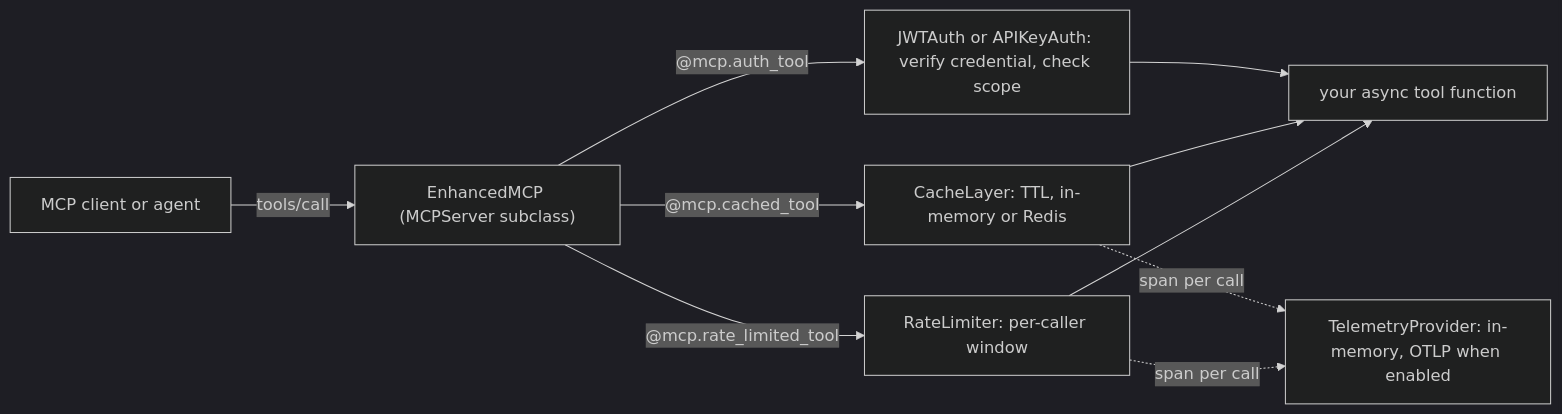
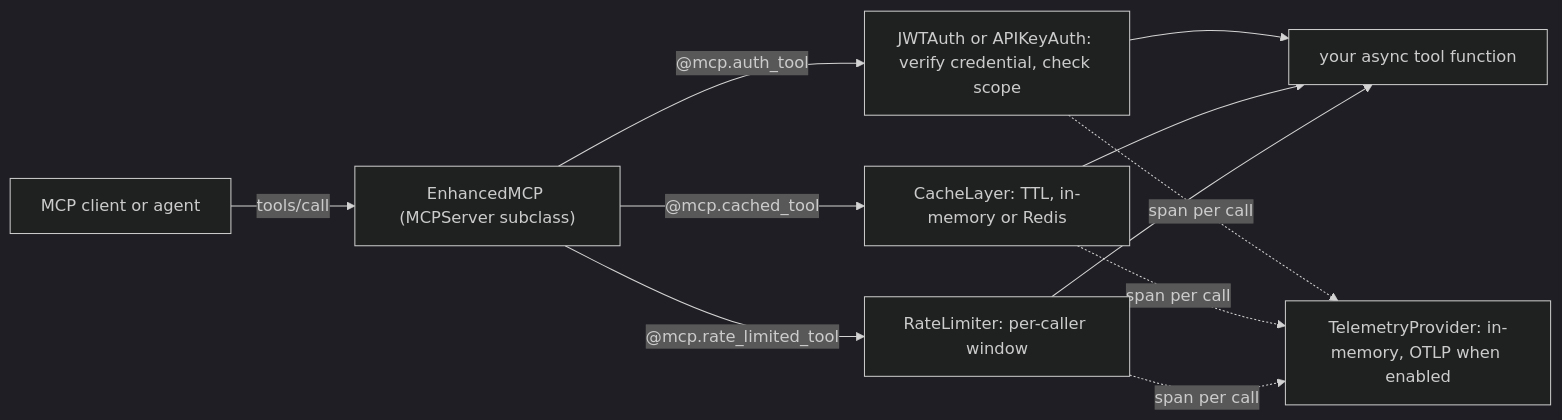
One commit to ChunkyTortoise/mcp-server-toolkit changed the diagram in README.md. Above: the diagram before and after it, drawn with Mermaid (dark theme). The commit also changed other lines of this file and 24 other files, not shown here.

````diff
--- a/README.md
+++ b/README.md
@@ -115,12 +115,13 @@
 ```mermaid
 flowchart LR
   C["MCP client or agent"] -->|"tools/call"| S["EnhancedMCP (MCPServer subclass)"]
   S -->|"@mcp.auth_tool"| A["JWTAuth or APIKeyAuth: verify credential, check scope"]
   S -->|"@mcp.cached_tool"| K["CacheLayer: TTL, in-memory or Redis"]
   S -->|"@mcp.rate_limited_tool"| R["RateLimiter: per-caller window"]
   A --> F["your async tool function"]
   K --> F
   R --> F
-  K -.->|"span per call"| T["TelemetryProvider: in-memory, OTLP when enabled"]
+  A -.->|"span per call"| T["TelemetryProvider: in-memory, OTLP when enabled"]
+  K -.->|"span per call"| T
   R -.->|"span per call"| T
 ```
````
